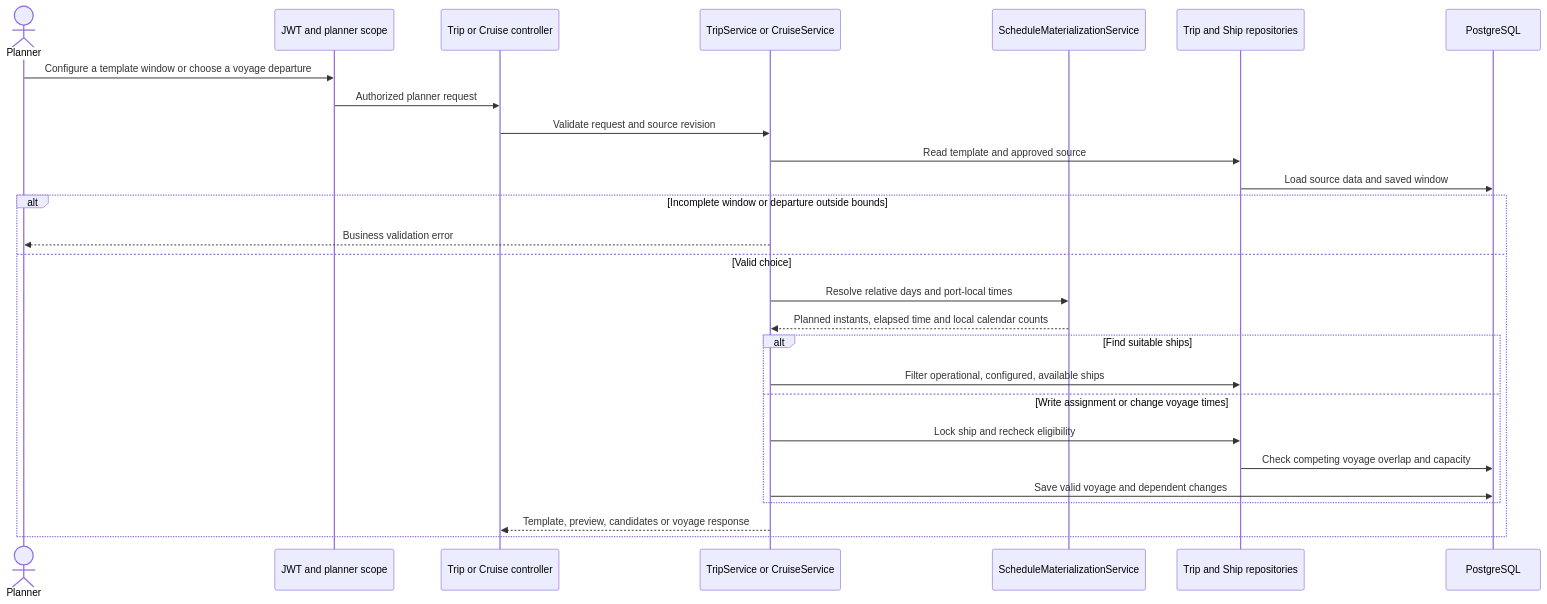
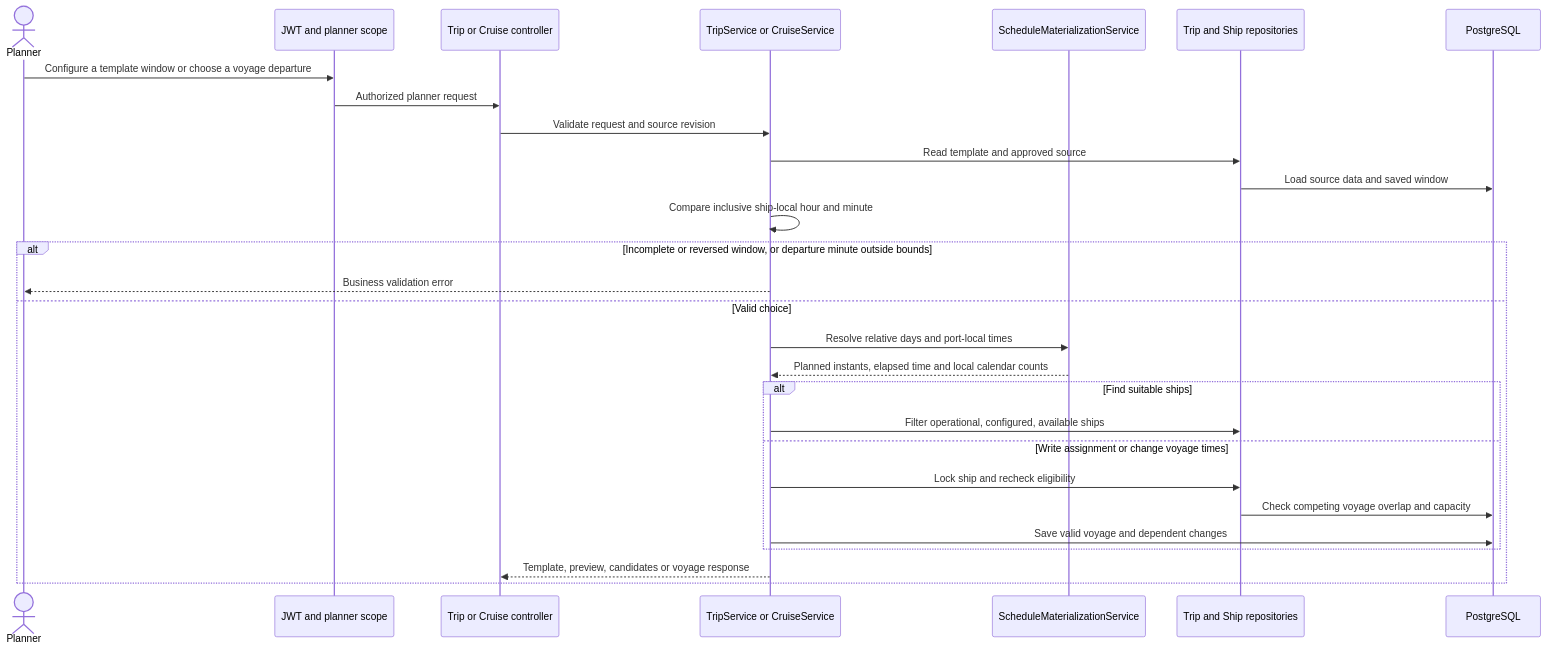
One commit to ShiroSs00/CASMS_Backend changed the diagram in docs/sequence-diagrams/TRIP-DEPARTURE-WINDOW.md. Above: the diagram before and after it, drawn with Mermaid. The commit also changed other lines of this file and 34 other files, not shown here.

Commit message:
Use minute precision for itinerary departure windows

````diff
--- a/docs/sequence-diagrams/TRIP-DEPARTURE-WINDOW.md
+++ b/docs/sequence-diagrams/TRIP-DEPARTURE-WINDOW.md
@@ -3,29 +3,30 @@
 ```mermaid
 sequenceDiagram
     actor Planner
     participant Security as JWT and planner scope
     participant Controller as Trip or Cruise controller
     participant Service as TripService or CruiseService
     participant Projection as ScheduleMaterializationService
     participant Repo as Trip and Ship repositories
     participant DB as PostgreSQL
     Planner->>Security: Configure a template window or choose a voyage departure
     Security->>Controller: Authorized planner request
     Controller->>Service: Validate request and source revision
     Service->>Repo: Read template and approved source
     Repo->>DB: Load source data and saved window
-    alt Incomplete window or departure outside bounds
+    Service->>Service: Compare inclusive ship-local hour and minute
+    alt Incomplete or reversed window, or departure minute outside bounds
         Service-->>Planner: Business validation error
     else Valid choice
         Service->>Projection: Resolve relative days and port-local times
         Projection-->>Service: Planned instants, elapsed time and local calendar counts
         alt Find suitable ships
             Service->>Repo: Filter operational, configured, available ships
         else Write assignment or change voyage times
             Service->>Repo: Lock ship and recheck eligibility
             Repo->>DB: Check competing voyage overlap and capacity
             Service->>DB: Save valid voyage and dependent changes
         end
         Service-->>Controller: Template, preview, candidates or voyage response
     end
 ```
````
